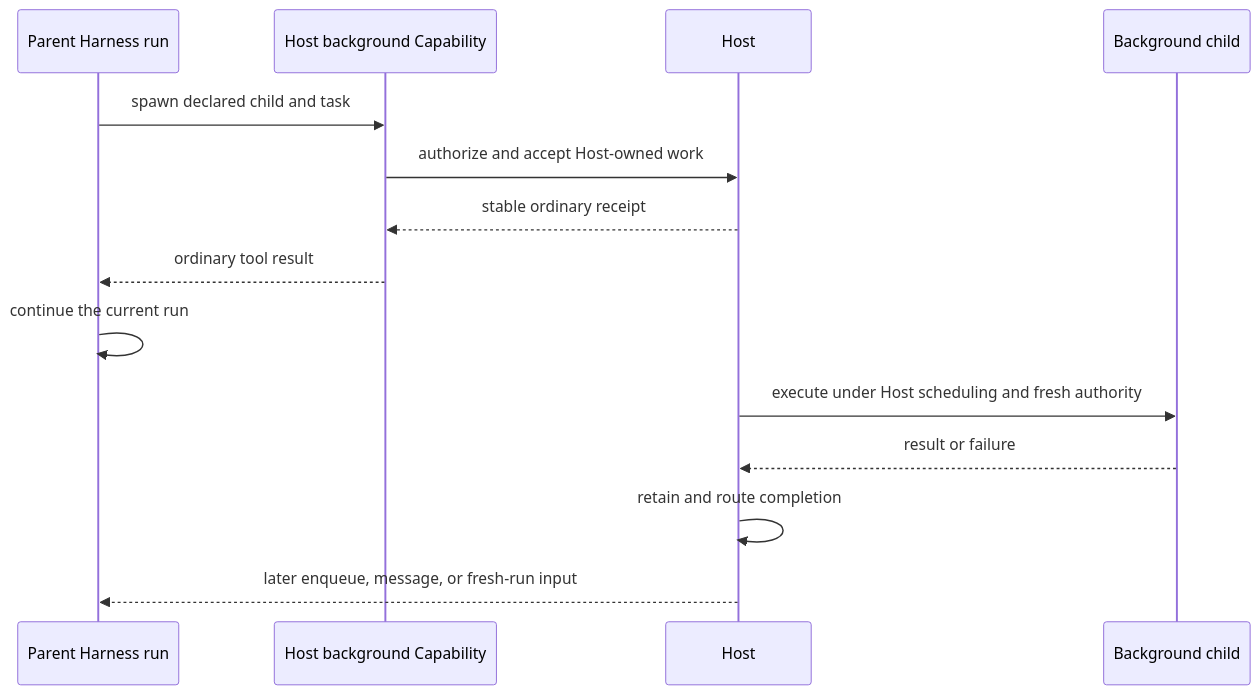
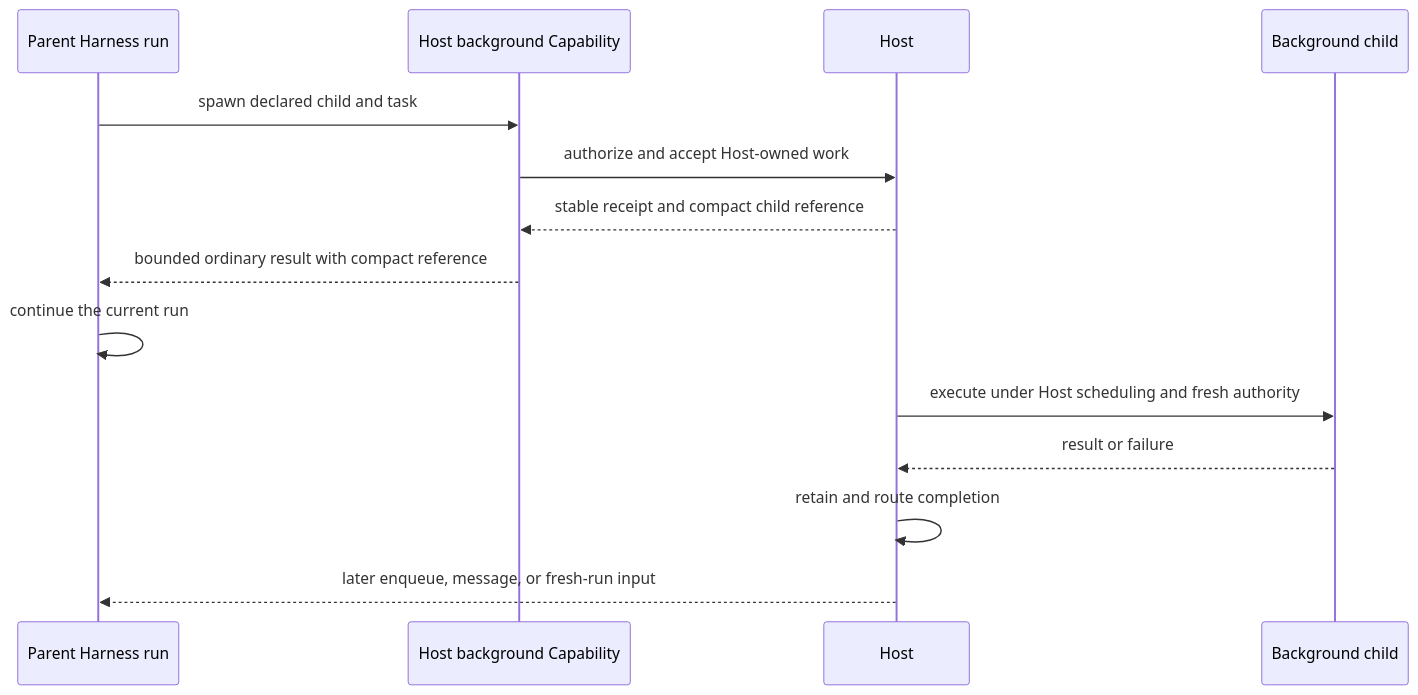
One commit to LTThreeComma/agent-foundation changed the second of 2 diagrams in spec/agent-harness/11-delegation-and-subagents.md. Above: the diagram before and after it, drawn with Mermaid. The commit also changed other lines of this file and 25 other files, not shown here.

````diff
--- a/spec/agent-harness/11-delegation-and-subagents.md
+++ b/spec/agent-harness/11-delegation-and-subagents.md
@@ -215,17 +218,17 @@
 ```mermaid
 sequenceDiagram
     participant Parent as Parent Harness run
     participant Capability as Host background Capability
     participant Host
     participant Child as Background child
 
     Parent->>Capability: spawn declared child and task
     Capability->>Host: authorize and accept Host-owned work
-    Host-->>Capability: stable ordinary receipt
-    Capability-->>Parent: ordinary tool result
+    Host-->>Capability: stable receipt and compact child reference
+    Capability-->>Parent: bounded ordinary result with compact reference
     Parent->>Parent: continue the current run
     Host->>Child: execute under Host scheduling and fresh authority
     Child-->>Host: result or failure
     Host->>Host: retain and route completion
     Host-->>Parent: later enqueue, message, or fresh-run input
 ```
````
